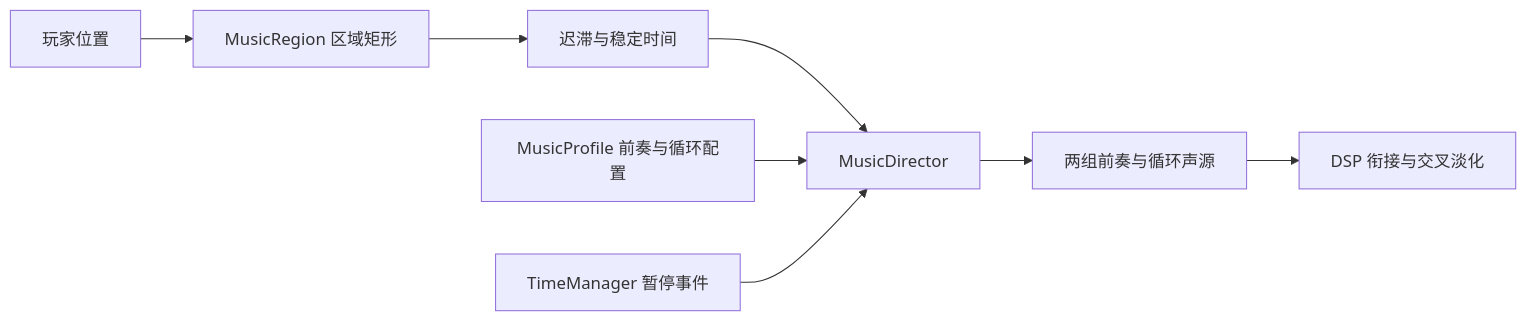
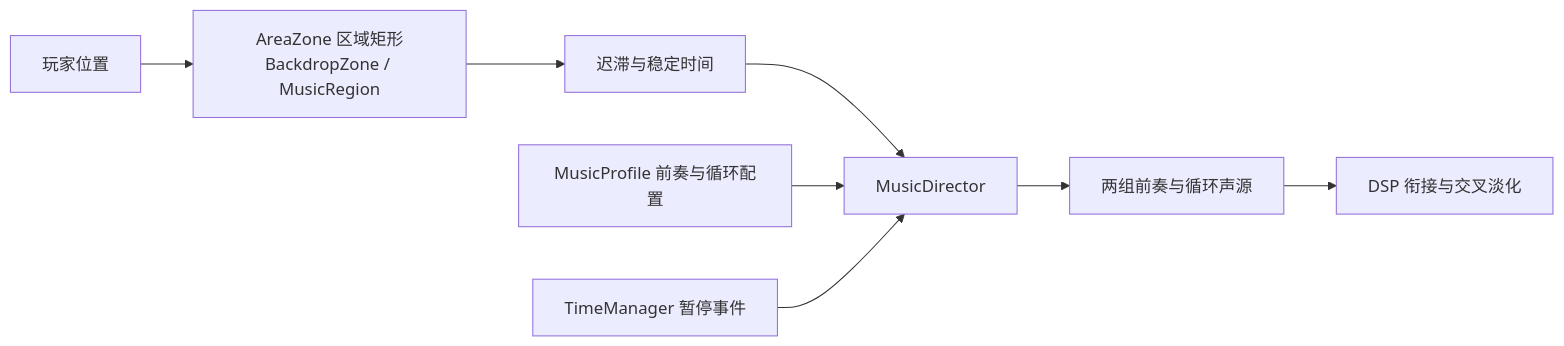
The diagram in Doc/背景音乐接入.md (zhou914485/Project-Rule), drawn with Mermaid before and after one commit. The commit also changed other lines of this file and 169 other files, not shown here.

````diff
--- a/Doc/背景音乐接入.md
+++ b/Doc/背景音乐接入.md
@@ -16,10 +18,10 @@
 ```mermaid
 flowchart LR
-    A[玩家位置] --> B[MusicRegion 区域矩形]
+    A[玩家位置] --> B[AreaZone 区域矩形<br/>BackdropZone / MusicRegion]
     B --> C[迟滞与稳定时间]
     C --> D[MusicDirector]
     P[MusicProfile 前奏与循环配置] --> D
     T[TimeManager 暂停事件] --> D
     D --> E[两组前奏与循环声源]
     E --> F[DSP 衔接与交叉淡化]
 ```
````
